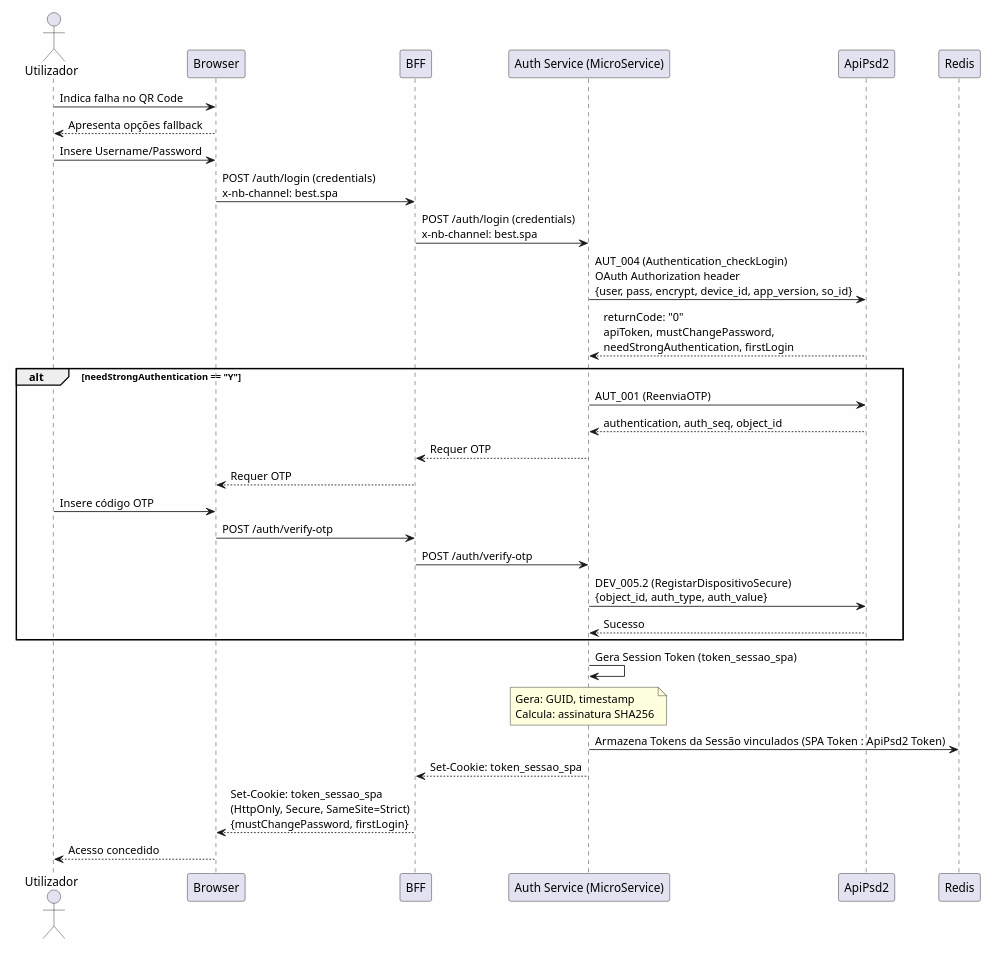
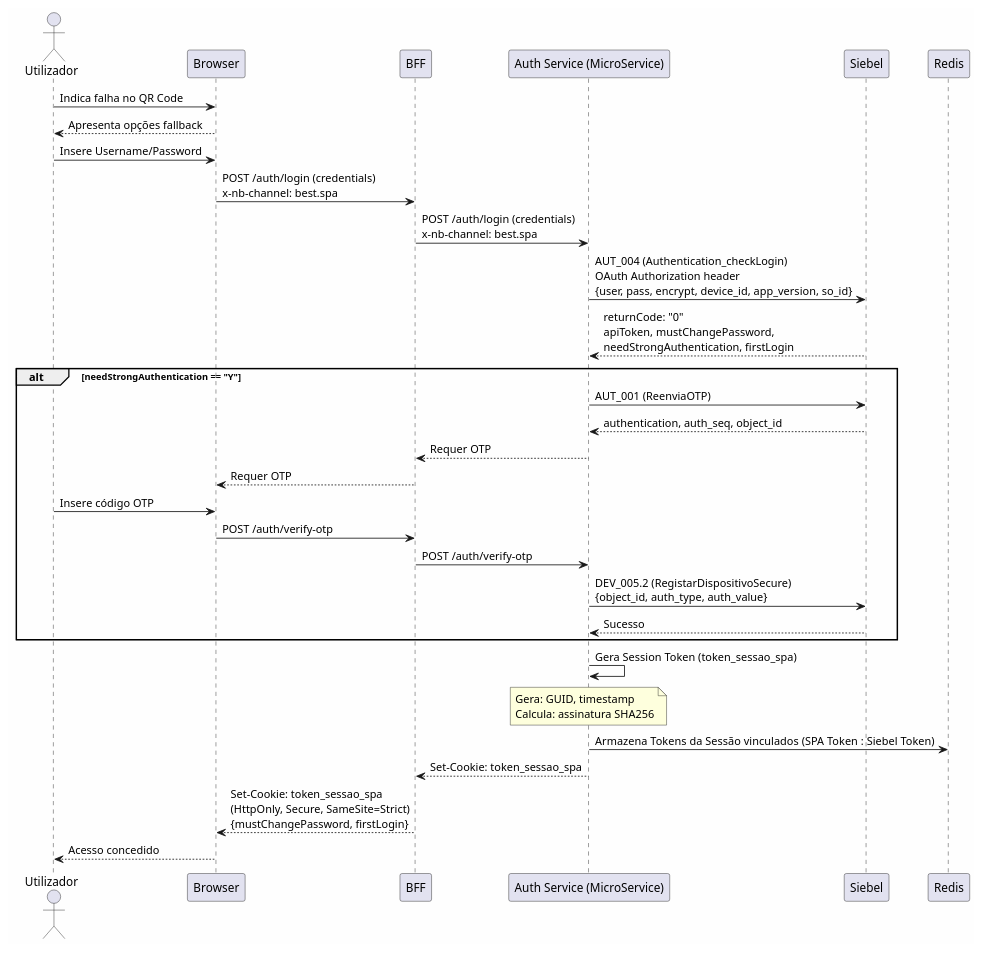
One commit to beduardo/novobanco_website_doc changed the third of 5 diagrams in current/sections/SEC-07-autenticacao-autorizacao.md. Above: the diagram before and after it, drawn with PlantUML. The commit also changed other lines of this file and 26 other files, not shown here.

````diff
--- a/current/sections/SEC-07-autenticacao-autorizacao.md
+++ b/current/sections/SEC-07-autenticacao-autorizacao.md
@@ -161,41 +160,41 @@
 ```plantuml
 @startuml
 skinparam backgroundColor #FEFEFE
 
 actor "Utilizador" as USER
 participant "Browser" as FE
 participant "BFF" as BFF
 participant "Auth Service (MicroService)" as AUTH
-participant "ApiPsd2" as APIAPP
+participant "Siebel" as APIAPP
 
 USER -> FE : Indica falha no QR Code
 FE --> USER : Apresenta opções fallback
 USER -> FE : Insere Username/Password
 FE -> BFF : POST /auth/login (credentials)\nx-nb-channel: best.spa
 
 BFF -> AUTH : POST /auth/login (credentials)\nx-nb-channel: best.spa
 AUTH -> APIAPP : AUT_004 (Authentication_checkLogin)\nOAuth Authorization header\n{user, pass, encrypt, device_id, app_version, so_id}
 APIAPP --> AUTH : returnCode: "0"\napiToken, mustChangePassword,\nneedStrongAuthentication, firstLogin
 alt needStrongAuthentication == "Y" 
     AUTH -> APIAPP : AUT_001 (ReenviaOTP)
     APIAPP --> AUTH : authentication, auth_seq, object_id
     AUTH --> BFF : Requer OTP
     BFF --> FE : Requer OTP
     USER -> FE : Insere código OTP
     FE -> BFF : POST /auth/verify-otp
     BFF -> AUTH : POST /auth/verify-otp
     AUTH -> APIAPP : DEV_005.2 (RegistarDispositivoSecure)\n{object_id, auth_type, auth_value}
     APIAPP --> AUTH : Sucesso
 end
 AUTH -> AUTH : Gera Session Token (token_sessao_spa)
 note over AUTH
 Gera: GUID, timestamp
 Calcula: assinatura SHA256
 end note
-AUTH -> Redis : Armazena Tokens da Sessão vinculados (SPA Token : ApiPsd2 Token)
+AUTH -> Redis : Armazena Tokens da Sessão vinculados (SPA Token : Siebel Token)
 AUTH --> BFF : Set-Cookie: token_sessao_spa
 BFF --> FE : Set-Cookie: token_sessao_spa\n(HttpOnly, Secure, SameSite=Strict)\n{mustChangePassword, firstLogin}
 FE --> USER : Acesso concedido
 
 @enduml
 ```
````
